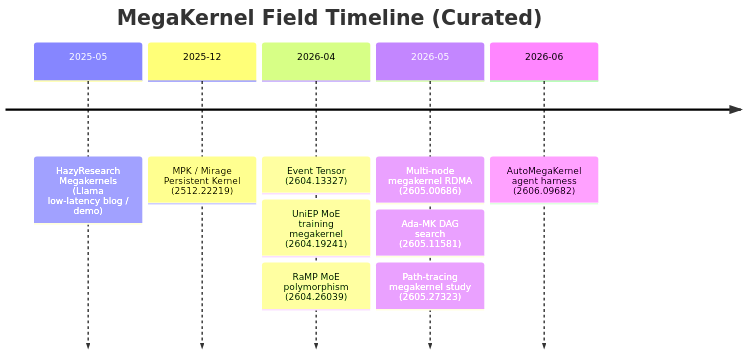
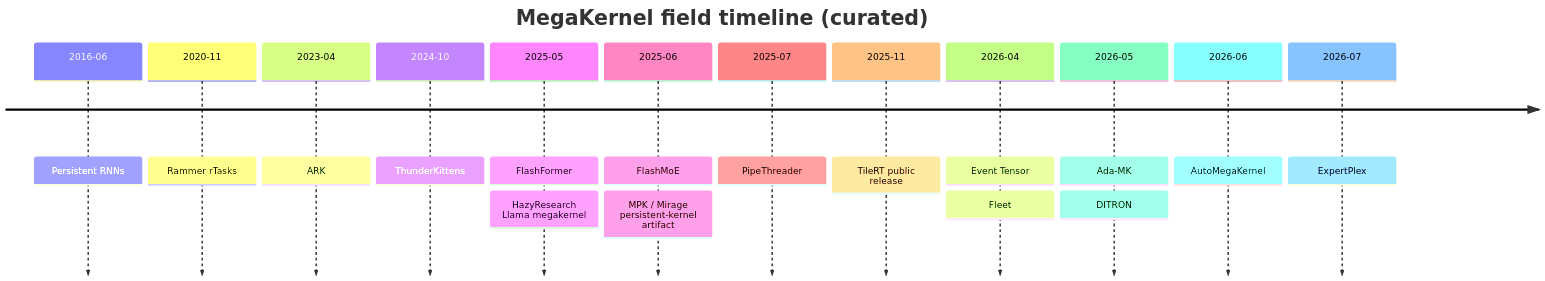
One commit to qhy991/Awesome-MegaKernel changed the second of 2 diagrams in README.md. Above: the diagram before and after it, drawn with Mermaid. The commit also changed other lines of this file and 16 other files, not shown here.

First line of the commit message:
feat: expand MegaKernel catalog with landscape toolkit

````diff
--- a/README.md
+++ b/README.md
@@ -52,13 +119,20 @@
 ```mermaid
 timeline
-    title MegaKernel Field Timeline (Curated)
-    2025-05 : HazyResearch Megakernels (Llama low-latency blog / demo)
-    2025-12 : MPK / Mirage Persistent Kernel (2512.22219)
-    2026-04 : Event Tensor (2604.13327)
-             : UniEP MoE training megakernel (2604.19241)
-             : RaMP MoE polymorphism (2604.26039)
-    2026-05 : Multi-node megakernel RDMA (2605.00686)
-             : Ada-MK DAG search (2605.11581)
-             : Path-tracing megakernel study (2605.27323)
-    2026-06 : AutoMegaKernel agent harness (2606.09682)
+    title MegaKernel field timeline (curated)
+    2016-06 : Persistent RNNs
+    2020-11 : Rammer rTasks
+    2023-04 : ARK
+    2024-10 : ThunderKittens
+    2025-05 : FlashFormer
+            : HazyResearch Llama megakernel
+    2025-06 : FlashMoE
+            : MPK / Mirage persistent-kernel artifact
+    2025-07 : PipeThreader
+    2025-11 : TileRT public release
+    2026-04 : Event Tensor
+            : Fleet
+    2026-05 : Ada-MK
+            : DITRON
+    2026-06 : AutoMegaKernel
+    2026-07 : ExpertPlex
 ```
````
